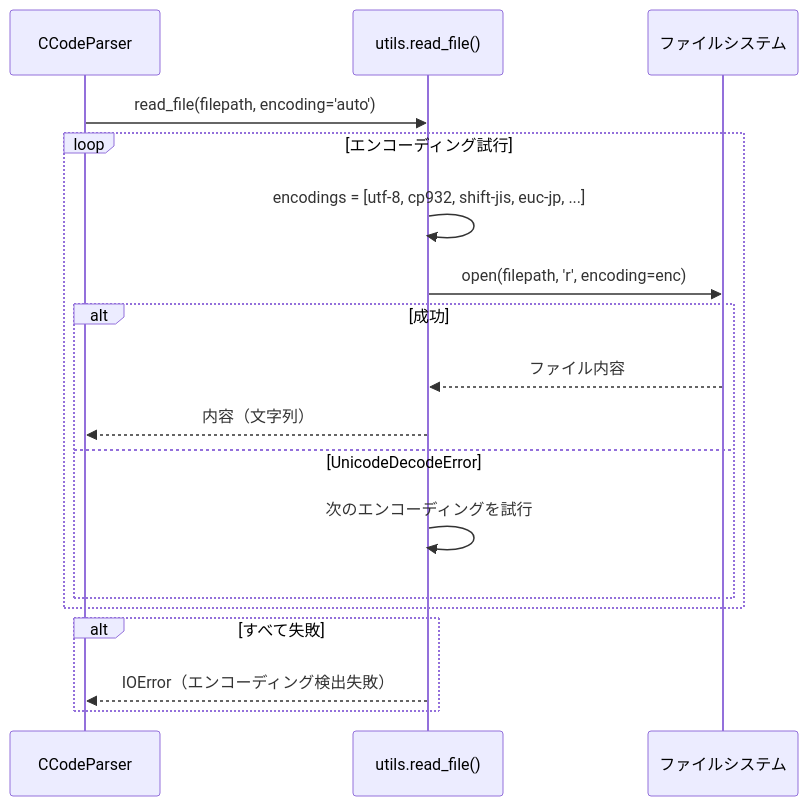
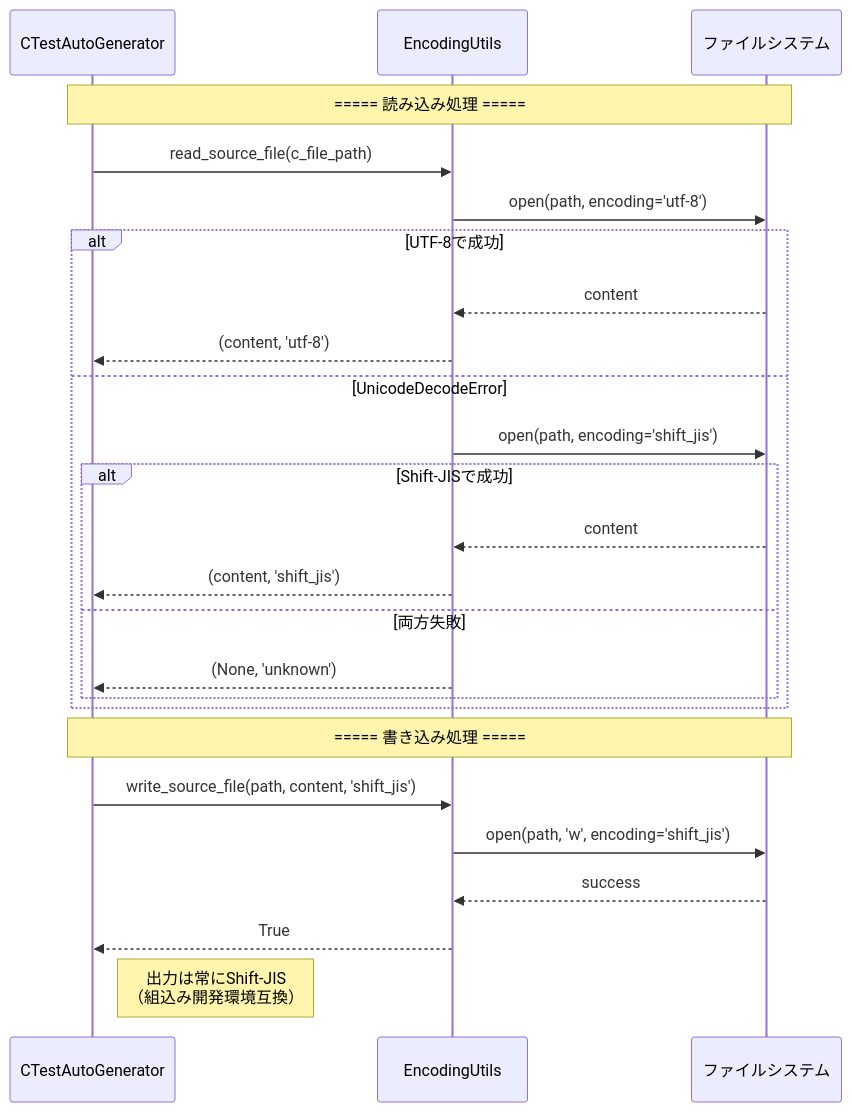
The sixth of 7 diagrams in doc/design_sequence_diagram.md (ryu5791/AutoUniTestGen), drawn with Mermaid before and after one commit. The commit also changed other lines of this file and 4 other files, not shown here.

````diff
--- a/doc/design_sequence_diagram.md
+++ b/doc/design_sequence_diagram.md
@@ -110,24 +279,34 @@
 ```mermaid
 sequenceDiagram
-    participant Parser as CCodeParser
-    participant Utils as utils.read_file()
+    participant Main as CTestAutoGenerator
+    participant Encoding as EncodingUtils
     participant FileSystem as ファイルシステム
+
+    Note over Main,FileSystem: ===== 読み込み処理 =====
+    Main->>Encoding: read_source_file(c_file_path)
     
-    Parser->>Utils: read_file(filepath, encoding='auto')
+    Encoding->>FileSystem: open(path, encoding='utf-8')
     
-    loop エンコーディング試行
-        Utils->>Utils: encodings = [utf-8, cp932, shift-jis, euc-jp, ...]
-        Utils->>FileSystem: open(filepath, 'r', encoding=enc)
+    alt UTF-8で成功
+        FileSystem-->>Encoding: content
+        Encoding-->>Main: (content, 'utf-8')
+    else UnicodeDecodeError
+        Encoding->>FileSystem: open(path, encoding='shift_jis')
         
-        alt 成功
-            FileSystem-->>Utils: ファイル内容
-            Utils-->>Parser: 内容（文字列）
-        else UnicodeDecodeError
-            Utils->>Utils: 次のエンコーディングを試行
+        alt Shift-JISで成功
+            FileSystem-->>Encoding: content
+            Encoding-->>Main: (content, 'shift_jis')
+        else 両方失敗
+            Encoding-->>Main: (None, 'unknown')
         end
     end
     
-    alt すべて失敗
-        Utils-->>Parser: IOError（エンコーディング検出失敗）
-    end
+    Note over Main,FileSystem: ===== 書き込み処理 =====
+    Main->>Encoding: write_source_file(path, content, 'shift_jis')
+    
+    Encoding->>FileSystem: open(path, 'w', encoding='shift_jis')
+    FileSystem-->>Encoding: success
+    Encoding-->>Main: True
+    
+    Note right of Main: 出力は常にShift-JIS<br/>（組込み開発環境互換）
 ```
````
